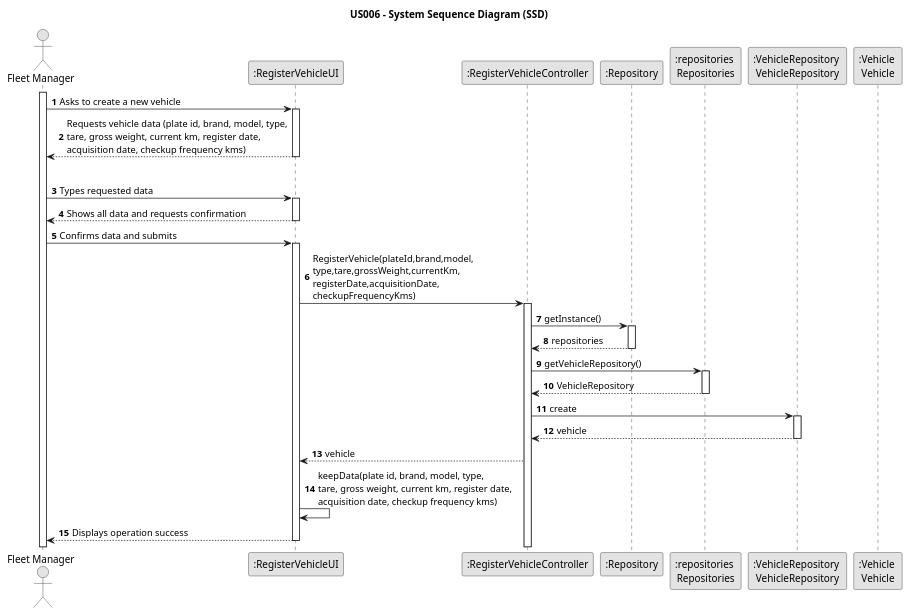
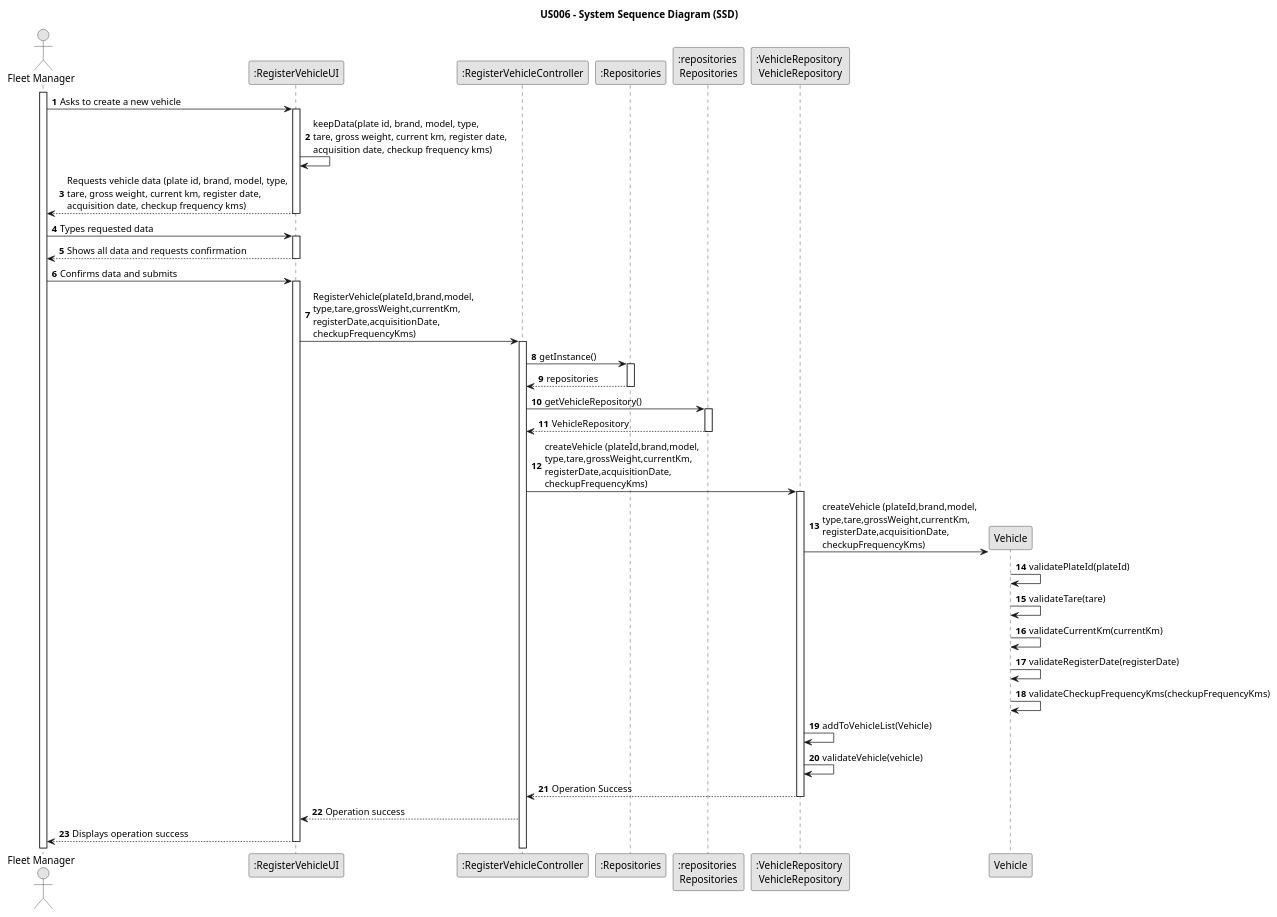
The diagram in docs/sprintB/us006/03.design/puml/us006-system-sequence-diagram.puml (Rui-San/LAPR2_2023_2024), drawn with PlantUML before and after one commit.

Commit message:
US006: Correction

```diff
--- a/docs/sprintB/us006/03.design/puml/us006-system-sequence-diagram.puml
+++ b/docs/sprintB/us006/03.design/puml/us006-system-sequence-diagram.puml
@@ -1,73 +1,84 @@
 @startuml
 skinparam monochrome true
 skinparam packageStyle rectangle
 skinparam shadowing false
 
 title US006 - System Sequence Diagram (SSD)
 
 autonumber
 
 actor "Fleet Manager" as Employee
 participant ":RegisterVehicleUI" as System
 participant ":RegisterVehicleController" as CTRL
-participant ":Repository" as REP
+participant ":Repositories" as REP
 participant ":repositories \nRepositories" as REPS
 participant ":VehicleRepository \nVehicleRepository" as VR
-participant ":Vehicle \nVehicle"
+
 activate Employee
 
     Employee -> System : Asks to create a new vehicle
     activate System
-
-System --> Employee : Requests vehicle data (plate id, brand, model, type,\ntare, gross weight, current km, register date,\nacquisition date, checkup frequency kms)
+    System->System: keepData(plate id, brand, model, type,\ntare, gross weight, current km, register date,\nacquisition date, checkup frequency kms)
+    System  --> Employee : Requests vehicle data (plate id, brand, model, type,\ntare, gross weight, current km, register date,\nacquisition date, checkup frequency kms)
     deactivate System
 
-    loop until typed data is validated
     Employee -> System : Types requested data
     activate System
 
         System --> Employee : Shows all data and requests confirmation
     deactivate System
 
     Employee -> System : Confirms data and submits
     activate System
         System->CTRL :RegisterVehicle(plateId,brand,model,\ntype,tare,grossWeight,currentKm,\nregisterDate,acquisitionDate,\ncheckupFrequencyKms)
         activate CTRL
 
             CTRL->REP: getInstance()
 
             activate REP
 
             REP-->CTRL: repositories
 
             deactivate REP
 
             CTRL->REPS: getVehicleRepository()
 
             activate REPS
 
             REPS-->CTRL: VehicleRepository
 
             deactivate REPS
 
-            CTRL->VR: create
+            CTRL->VR: createVehicle (plateId,brand,model,\ntype,tare,grossWeight,currentKm,\nregisterDate,acquisitionDate,\ncheckupFrequencyKms)
 
             activate VR
 
+            VR->Vehicle**: createVehicle (plateId,brand,model,\ntype,tare,grossWeight,currentKm,\nregisterDate,acquisitionDate,\ncheckupFrequencyKms)
+
+            Vehicle->Vehicle: validatePlateId(plateId)
+            Vehicle->Vehicle: validateTare(tare)
+            Vehicle->Vehicle: validateCurrentKm(currentKm)
+            Vehicle->Vehicle: validateRegisterDate(registerDate)
+            Vehicle->Vehicle: validateCheckupFrequencyKms(checkupFrequencyKms)
 
 
-            VR-->CTRL: vehicle
+            VR->VR: addToVehicleList(Vehicle)
+
+            VR->VR: validateVehicle(vehicle)
+
+
+            VR-->CTRL: Operation Success
 
             deactivate VR
 
-            CTRL-->System: vehicle
+            CTRL-->System: Operation success
 
-            System->System: keepData(plate id, brand, model, type,\ntare, gross weight, current km, register date,\nacquisition date, checkup frequency kms)
+
 
         System --> Employee : Displays operation success
     deactivate System
 
 
 
 
 @enduml
```
